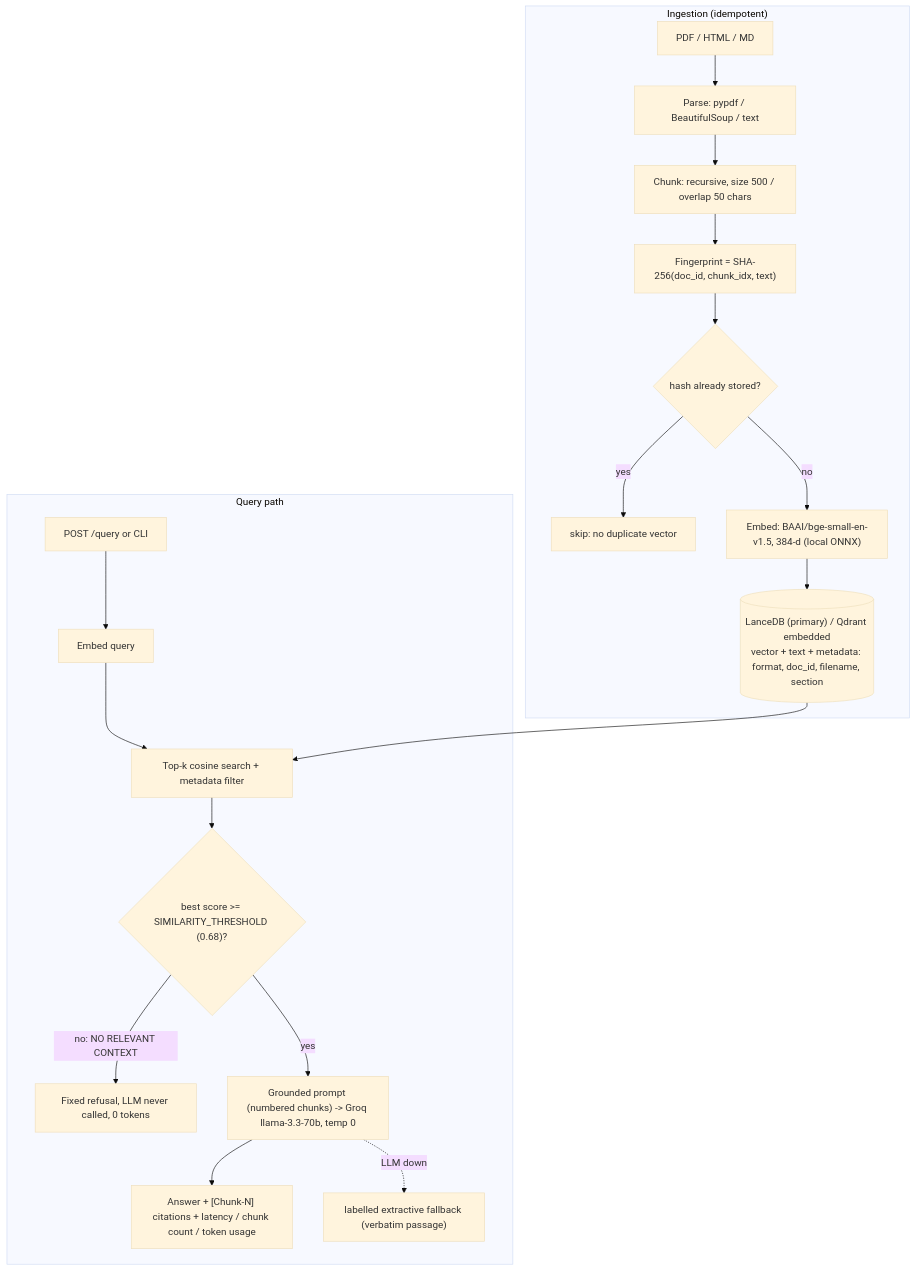
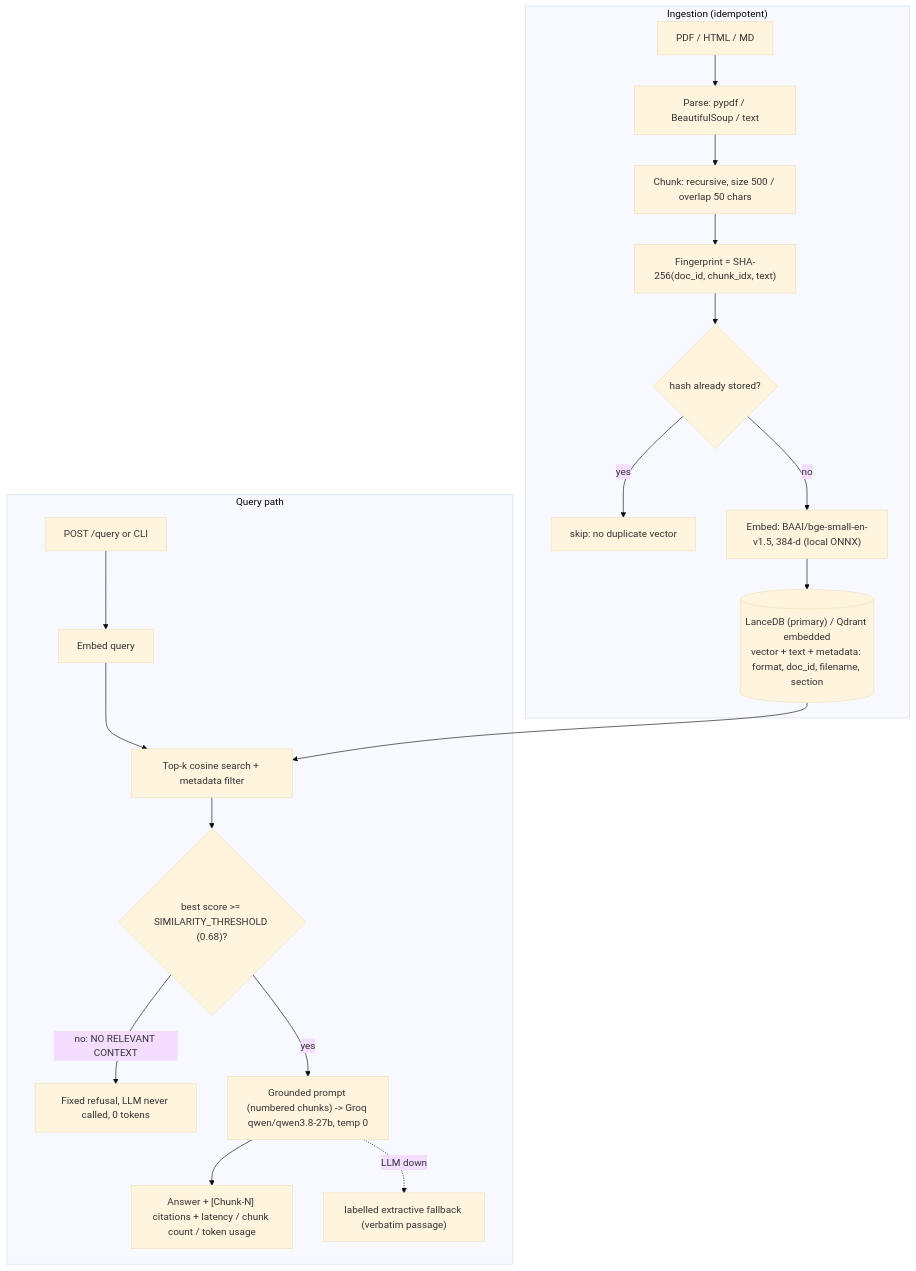
One commit to Mohityadav55199/SynergyLabs_Assignment changed the diagram in README.md. Above: the diagram before and after it, drawn with Mermaid (base theme). The commit also changed other lines of this file and 8 other files, not shown here.

First line of the commit message:
fix(generator): fall back to an available Groq model; default to qwen/qwen3.8-27b

````diff
--- a/README.md
+++ b/README.md
@@ -16,22 +16,22 @@
 ```mermaid
 flowchart TD
     subgraph Ingest["Ingestion (idempotent)"]
         D[PDF / HTML / MD] --> P[Parse: pypdf / BeautifulSoup / text]
         P --> C["Chunk: recursive, size 500 / overlap 50 chars"]
         C --> H["Fingerprint = SHA-256(doc_id, chunk_idx, text)"]
         H --> X{hash already stored?}
         X -- yes --> S[skip: no duplicate vector]
         X -- no --> E["Embed: BAAI/bge-small-en-v1.5, 384-d (local ONNX)"]
         E --> V[("LanceDB (primary) / Qdrant embedded<br/>vector + text + metadata: format, doc_id, filename, section")]
     end
     subgraph Query["Query path"]
         Q[POST /query or CLI] --> QE[Embed query]
         QE --> R["Top-k cosine search + metadata filter"]
         V --> R
         R --> G{"best score >= SIMILARITY_THRESHOLD (0.68)?"}
         G -- "no: NO RELEVANT CONTEXT" --> F["Fixed refusal, LLM never called, 0 tokens"]
-        G -- yes --> L["Grounded prompt (numbered chunks) -> Groq llama-3.3-70b, temp 0"]
+        G -- yes --> L["Grounded prompt (numbered chunks) -> Groq qwen/qwen3.8-27b, temp 0"]
         L --> A["Answer + [Chunk-N] citations + latency / chunk count / token usage"]
         L -. LLM down .-> X2["labelled extractive fallback (verbatim passage)"]
     end
 ```
````
